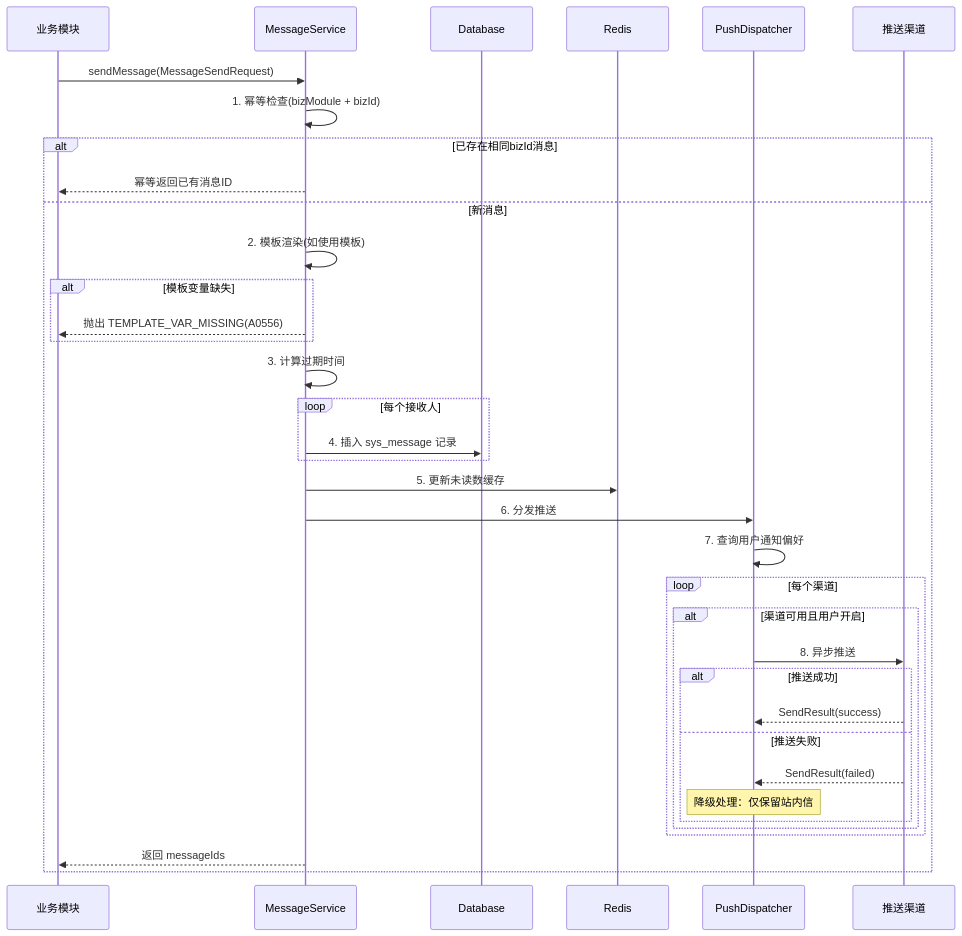
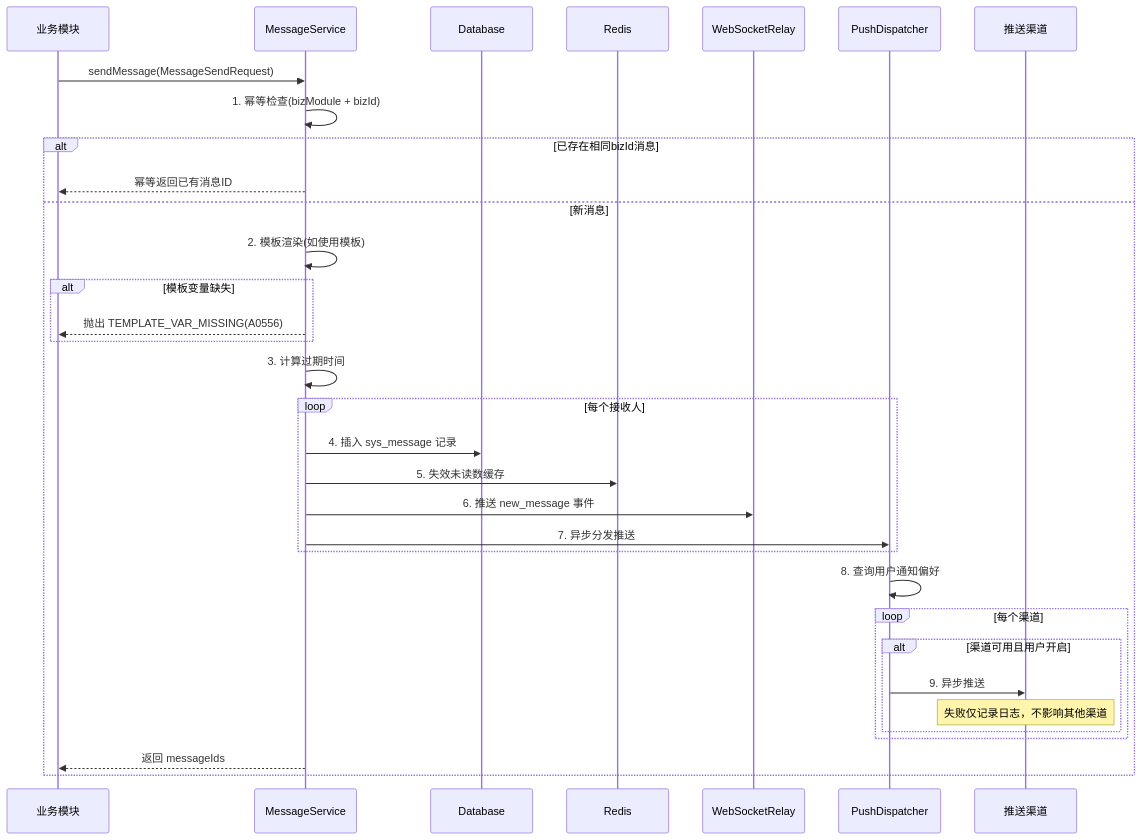
Before and after one commit to earthy-zinc/dehaze-system: the second of 3 diagrams in dehaze-doc/docs/03-模块设计/基础模块/消息通知/后端实现.md, drawn with Mermaid. The commit also changed other lines of this file and 9 other files, not shown here.

````diff
--- a/dehaze-doc/docs/03-模块设计/基础模块/消息通知/后端实现.md
+++ b/dehaze-doc/docs/03-模块设计/基础模块/消息通知/后端实现.md
@@ -180,39 +175,36 @@
 ```mermaid
 sequenceDiagram
     participant Biz as 业务模块
     participant MS as MessageService
     participant DB as Database
     participant Cache as Redis
+    participant WS as WebSocketRelay
     participant Dispatcher as PushDispatcher
     participant Channel as 推送渠道
 
     Biz->>MS: sendMessage(MessageSendRequest)
     MS->>MS: 1. 幂等检查(bizModule + bizId)
     alt 已存在相同bizId消息
         MS-->>Biz: 幂等返回已有消息ID
     else 新消息
         MS->>MS: 2. 模板渲染(如使用模板)
         alt 模板变量缺失
             MS-->>Biz: 抛出 TEMPLATE_VAR_MISSING(A0556)
         end
         MS->>MS: 3. 计算过期时间
         loop 每个接收人
             MS->>DB: 4. 插入 sys_message 记录
+            MS->>Cache: 5. 失效未读数缓存
+            MS->>WS: 6. 推送 new_message 事件
+            MS->>Dispatcher: 7. 异步分发推送
         end
-        MS->>Cache: 5. 更新未读数缓存
-        MS->>Dispatcher: 6. 分发推送
-        Dispatcher->>Dispatcher: 7. 查询用户通知偏好
+        Dispatcher->>Dispatcher: 8. 查询用户通知偏好
         loop 每个渠道
             alt 渠道可用且用户开启
-                Dispatcher->>Channel: 8. 异步推送
-                alt 推送成功
-                    Channel-->>Dispatcher: SendResult(success)
-                else 推送失败
-                    Channel-->>Dispatcher: SendResult(failed)
-                    Note over Dispatcher: 降级处理：仅保留站内信
-                end
+                Dispatcher->>Channel: 9. 异步推送
+                Note over Channel: 失败仅记录日志，不影响其他渠道
             end
         end
         MS-->>Biz: 返回 messageIds
     end
 ```
````
